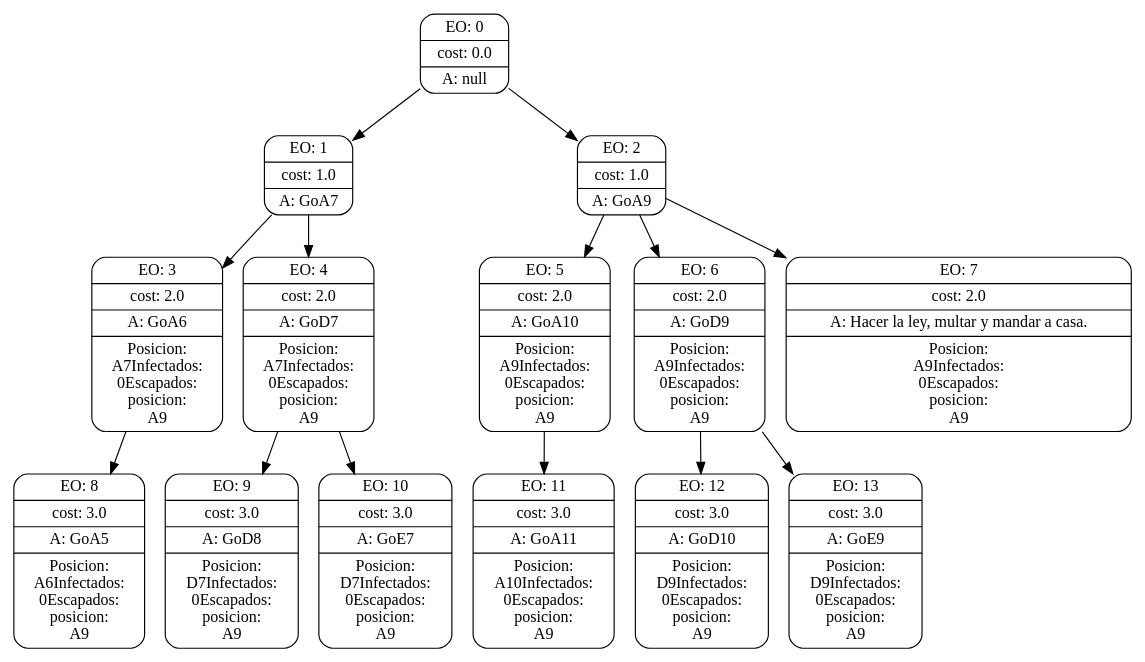
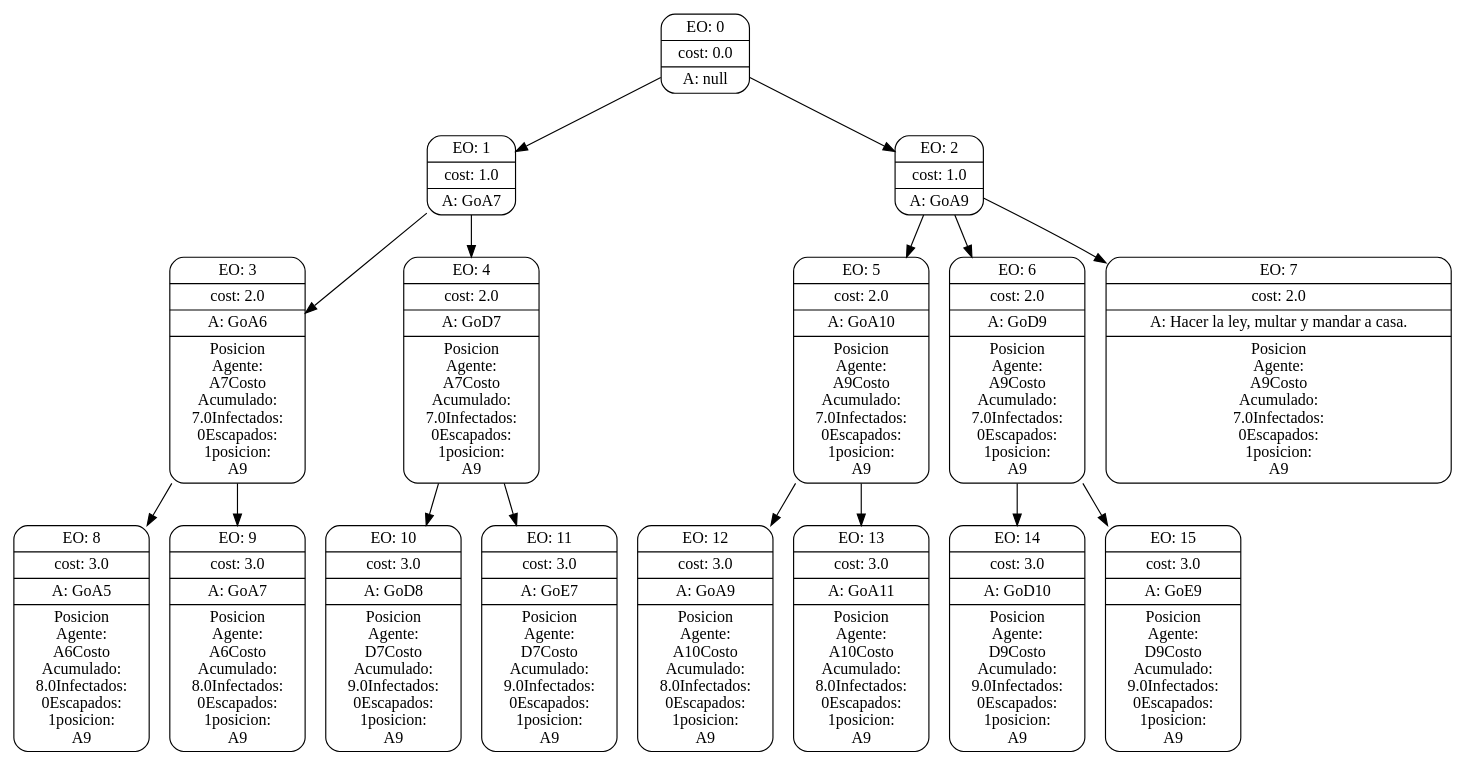
The diagram in inteligenciaArtificialTP1/searchGVTrees/6.dot (eliasbrizi/tp1IA), drawn with Graphviz before and after one commit. The commit also changed 570 other files, not shown here.

```diff
--- a/inteligenciaArtificialTP1/searchGVTrees/6.dot
+++ b/inteligenciaArtificialTP1/searchGVTrees/6.dot
@@ -1,89 +1,129 @@
 digraph g {
 node [shape = Mrecord];
 nodo0[label="{EO: 0|cost: 0.0|A: null}"]
 nodo1[label="{EO: 1|cost: 1.0|A: GoA7}"]
-nodo3[label="{EO: 3|cost: 2.0|A: GoA6|Posicion:\nA7
+nodo3[label="{EO: 3|cost: 2.0|A: GoA6|
+Posicion\nAgente:\nA7
+Costo\nAcumulado:\n7.0
 Infectados:\n0
-Escapados:\n
-posicion:\nA9
+Escapados:\n1
+	posicion:\nA9
 }"]
-nodo8[label="{EO: 8|cost: 3.0|A: GoA5|Posicion:\nA6
+nodo8[label="{EO: 8|cost: 3.0|A: GoA5|
+Posicion\nAgente:\nA6
+Costo\nAcumulado:\n8.0
 Infectados:\n0
-Escapados:\n
-posicion:\nA9
+Escapados:\n1
+	posicion:\nA9
 }"]
 
 nodo3 -> nodo8;
+nodo9[label="{EO: 9|cost: 3.0|A: GoA7|
+Posicion\nAgente:\nA6
+Costo\nAcumulado:\n8.0
+Infectados:\n0
+Escapados:\n1
+	posicion:\nA9
+}"]
+
+nodo3 -> nodo9;
 
 nodo1 -> nodo3;
-nodo4[label="{EO: 4|cost: 2.0|A: GoD7|Posicion:\nA7
+nodo4[label="{EO: 4|cost: 2.0|A: GoD7|
+Posicion\nAgente:\nA7
+Costo\nAcumulado:\n7.0
 Infectados:\n0
-Escapados:\n
-posicion:\nA9
+Escapados:\n1
+	posicion:\nA9
 }"]
-nodo9[label="{EO: 9|cost: 3.0|A: GoD8|Posicion:\nD7
+nodo10[label="{EO: 10|cost: 3.0|A: GoD8|
+Posicion\nAgente:\nD7
+Costo\nAcumulado:\n9.0
 Infectados:\n0
-Escapados:\n
-posicion:\nA9
-}"]
-
-nodo4 -> nodo9;
-nodo10[label="{EO: 10|cost: 3.0|A: GoE7|Posicion:\nD7
-Infectados:\n0
-Escapados:\n
-posicion:\nA9
+Escapados:\n1
+	posicion:\nA9
 }"]
 
 nodo4 -> nodo10;
+nodo11[label="{EO: 11|cost: 3.0|A: GoE7|
+Posicion\nAgente:\nD7
+Costo\nAcumulado:\n9.0
+Infectados:\n0
+Escapados:\n1
+	posicion:\nA9
+}"]
+
+nodo4 -> nodo11;
 
 nodo1 -> nodo4;
 
 nodo0 -> nodo1;
 nodo2[label="{EO: 2|cost: 1.0|A: GoA9}"]
-nodo5[label="{EO: 5|cost: 2.0|A: GoA10|Posicion:\nA9
+nodo5[label="{EO: 5|cost: 2.0|A: GoA10|
+Posicion\nAgente:\nA9
+Costo\nAcumulado:\n7.0
 Infectados:\n0
-Escapados:\n
-posicion:\nA9
+Escapados:\n1
+	posicion:\nA9
 }"]
-nodo11[label="{EO: 11|cost: 3.0|A: GoA11|Posicion:\nA10
+nodo12[label="{EO: 12|cost: 3.0|A: GoA9|
+Posicion\nAgente:\nA10
+Costo\nAcumulado:\n8.0
 Infectados:\n0
-Escapados:\n
-posicion:\nA9
+Escapados:\n1
+	posicion:\nA9
 }"]
 
-nodo5 -> nodo11;
+nodo5 -> nodo12;
+nodo13[label="{EO: 13|cost: 3.0|A: GoA11|
+Posicion\nAgente:\nA10
+Costo\nAcumulado:\n8.0
+Infectados:\n0
+Escapados:\n1
+	posicion:\nA9
+}"]
+
+nodo5 -> nodo13;
 
 nodo2 -> nodo5;
-nodo6[label="{EO: 6|cost: 2.0|A: GoD9|Posicion:\nA9
+nodo6[label="{EO: 6|cost: 2.0|A: GoD9|
+Posicion\nAgente:\nA9
+Costo\nAcumulado:\n7.0
 Infectados:\n0
-Escapados:\n
-posicion:\nA9
+Escapados:\n1
+	posicion:\nA9
 }"]
-nodo12[label="{EO: 12|cost: 3.0|A: GoD10|Posicion:\nD9
+nodo14[label="{EO: 14|cost: 3.0|A: GoD10|
+Posicion\nAgente:\nD9
+Costo\nAcumulado:\n9.0
 Infectados:\n0
-Escapados:\n
-posicion:\nA9
+Escapados:\n1
+	posicion:\nA9
 }"]
 
-nodo6 -> nodo12;
-nodo13[label="{EO: 13|cost: 3.0|A: GoE9|Posicion:\nD9
+nodo6 -> nodo14;
+nodo15[label="{EO: 15|cost: 3.0|A: GoE9|
+Posicion\nAgente:\nD9
+Costo\nAcumulado:\n9.0
 Infectados:\n0
-Escapados:\n
-posicion:\nA9
+Escapados:\n1
+	posicion:\nA9
 }"]
 
-nodo6 -> nodo13;
+nodo6 -> nodo15;
 
 nodo2 -> nodo6;
-nodo7[label="{EO: 7|cost: 2.0|A: Hacer la ley, multar y mandar a casa.|Posicion:\nA9
+nodo7[label="{EO: 7|cost: 2.0|A: Hacer la ley, multar y mandar a casa.|
+Posicion\nAgente:\nA9
+Costo\nAcumulado:\n7.0
 Infectados:\n0
-Escapados:\n
-posicion:\nA9
+Escapados:\n1
+	posicion:\nA9
 }"]
 
 nodo2 -> nodo7;
 
 nodo0 -> nodo2;
 
 
 }
```
